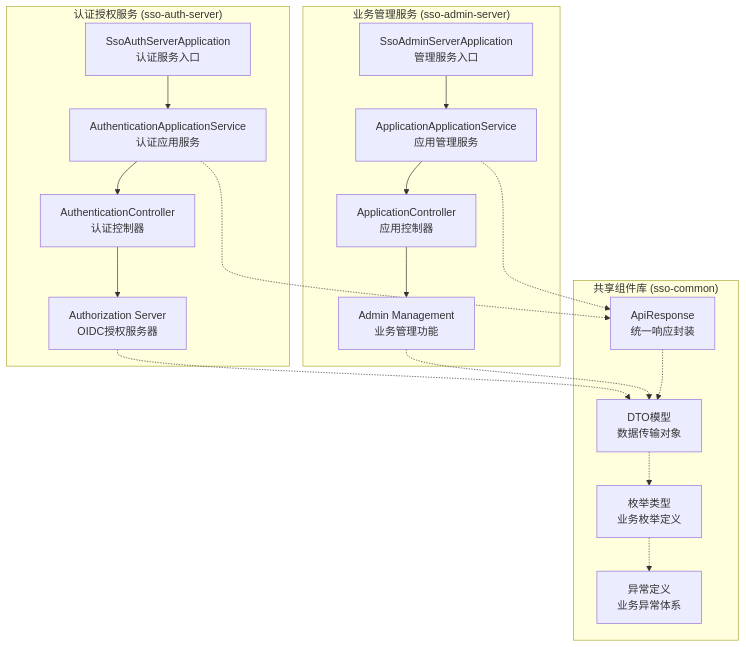
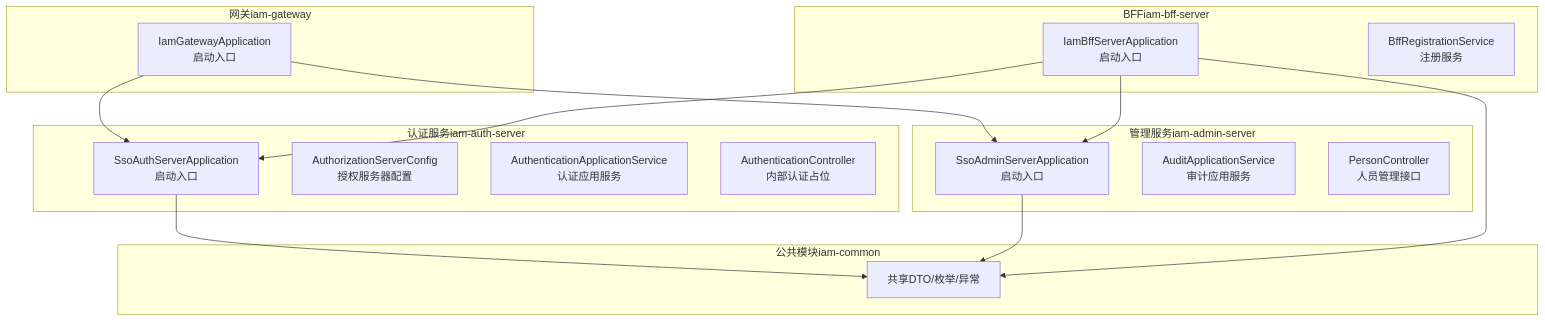
The first of 8 diagrams in .qoder/repowiki/zh/content/核心模块/核心模块.md (fq0121104930716/iam-platform), drawn with Mermaid before and after one commit. The commit also changed other lines of this file and 222 other files, not shown here.

````diff
--- a/.qoder/repowiki/zh/content/核心模块/核心模块.md
+++ b/.qoder/repowiki/zh/content/核心模块/核心模块.md
@@ -45,34 +47,31 @@
 ```mermaid
 graph TB
-subgraph "认证授权服务 (sso-auth-server)"
-A1["SsoAuthServerApplication<br/>认证服务入口"]
-A2["AuthenticationApplicationService<br/>认证应用服务"]
-A3["AuthenticationController<br/>认证控制器"]
-A4["Authorization Server<br/>OIDC授权服务器"]
+subgraph "认证服务iam-auth-server"
+A1["SsoAuthServerApplication<br/>启动入口"]
+A2["AuthorizationServerConfig<br/>授权服务器配置"]
+A3["AuthenticationApplicationService<br/>认证应用服务"]
+A4["AuthenticationController<br/>内部认证占位"]
 end
-subgraph "业务管理服务 (sso-admin-server)"
-B1["SsoAdminServerApplication<br/>管理服务入口"]
-B2["ApplicationApplicationService<br/>应用管理服务"]
-B3["ApplicationController<br/>应用控制器"]
-B4["Admin Management<br/>业务管理功能"]
+subgraph "管理服务iam-admin-server"
+B1["SsoAdminServerApplication<br/>启动入口"]
+B2["AuditApplicationService<br/>审计应用服务"]
+B3["PersonController<br/>人员管理接口"]
 end
-subgraph "共享组件库 (sso-common)"
-C1["ApiResponse<br/>统一响应封装"]
-C2["DTO模型<br/>数据传输对象"]
-C3["枚举类型<br/>业务枚举定义"]
-C4["异常定义<br/>业务异常体系"]
+subgraph "BFFiam-bff-server"
+C1["IamBffServerApplication<br/>启动入口"]
+C2["BffRegistrationService<br/>注册服务"]
 end
-A1 --> A2
-A2 --> A3
-A3 --> A4
-B1 --> B2
-B2 --> B3
-B3 --> B4
-A2 -.-> C1
-B2 -.-> C1
-A4 -.-> C2
-B4 -.-> C2
-C1 -.-> C2
-C2 -.-> C3
-C3 -.-> C4
+subgraph "网关iam-gateway"
+D1["IamGatewayApplication<br/>启动入口"]
+end
+subgraph "公共模块iam-common"
+E1["共享DTO/枚举/异常"]
+end
+D1 --> A1
+D1 --> B1
+C1 --> B1
+C1 --> A1
+A1 --> E1
+B1 --> E1
+C1 --> E1
 ```
````
